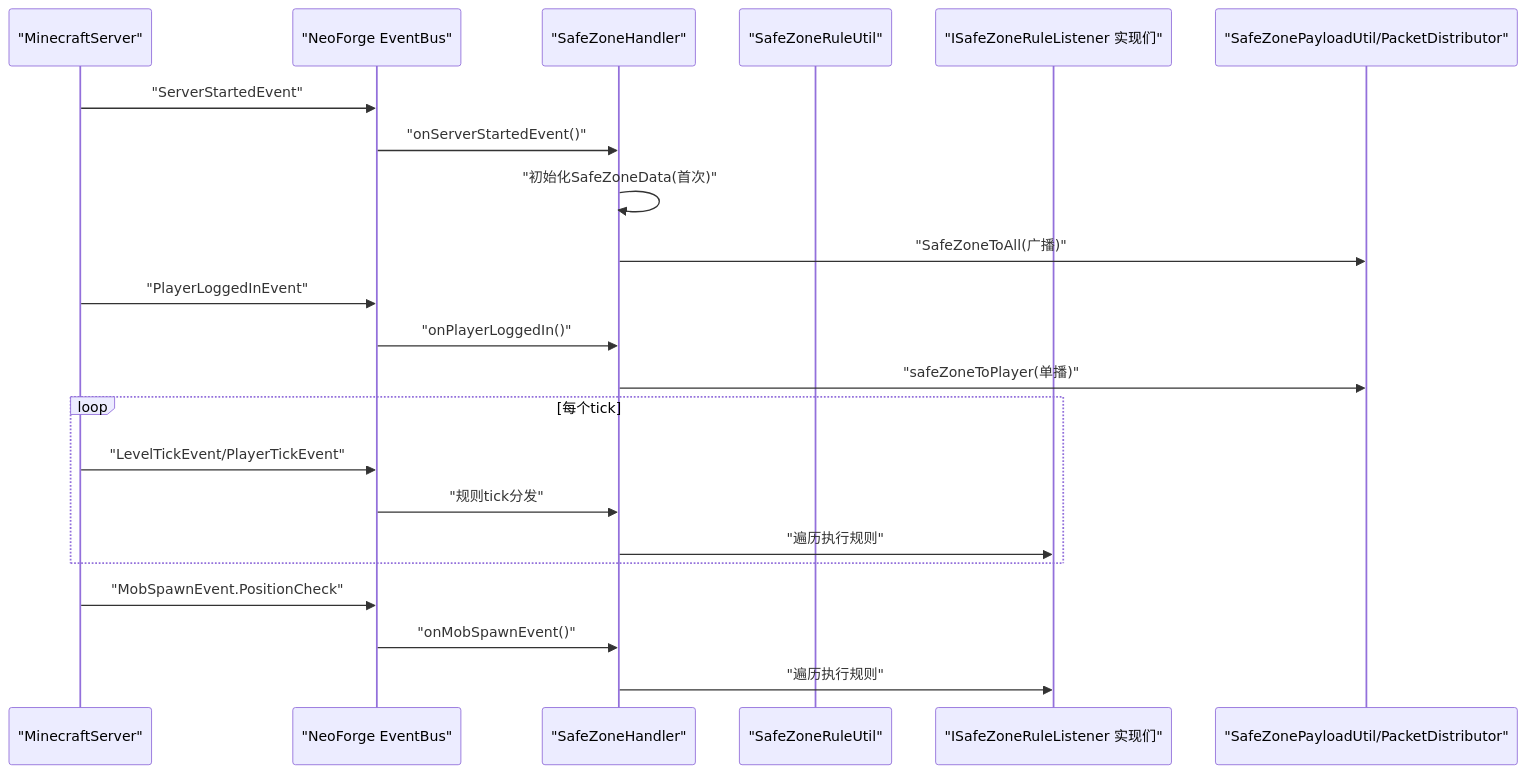
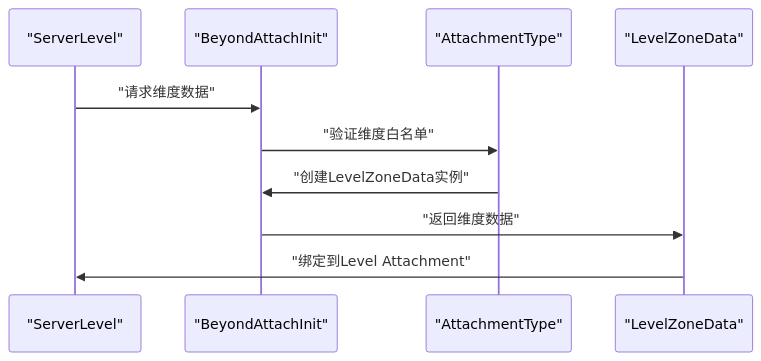
Before and after one commit to Ver-shift/SubModulesGeneHunter: the third of 6 diagrams in .qoder/repowiki/zh/content/API参考文档/安全区API接口.md, drawn with Mermaid. The commit also changed other lines of this file and 42 other files, not shown here.

````diff
--- a/.qoder/repowiki/zh/content/API参考文档/安全区API接口.md
+++ b/.qoder/repowiki/zh/content/API参考文档/安全区API接口.md
@@ -121,24 +124,12 @@
 ```mermaid
 sequenceDiagram
-participant Srv as "MinecraftServer"
-participant Bus as "NeoForge EventBus"
-participant Handler as "SafeZoneHandler"
-participant Util as "SafeZoneRuleUtil"
-participant Rules as "ISafeZoneRuleListener 实现们"
-participant Net as "SafeZonePayloadUtil/PacketDistributor"
-Srv->>Bus : "ServerStartedEvent"
-Bus->>Handler : "onServerStartedEvent()"
-Handler->>Handler : "初始化SafeZoneData(首次)"
-Handler->>Net : "SafeZoneToAll(广播)"
-Srv->>Bus : "PlayerLoggedInEvent"
-Bus->>Handler : "onPlayerLoggedIn()"
-Handler->>Net : "safeZoneToPlayer(单播)"
-loop 每个tick
-Srv->>Bus : "LevelTickEvent/PlayerTickEvent"
-Bus->>Handler : "规则tick分发"
-Handler->>Rules : "遍历执行规则"
-end
-Srv->>Bus : "MobSpawnEvent.PositionCheck"
-Bus->>Handler : "onMobSpawnEvent()"
-Handler->>Rules : "遍历执行规则"
+participant Level as "ServerLevel"
+participant Attach as "BeyondAttachInit"
+participant Type as "AttachmentType"
+participant Data as "LevelZoneData"
+Level->>Attach : "请求维度数据"
+Attach->>Type : "验证维度白名单"
+Type->>Attach : "创建LevelZoneData实例"
+Attach->>Data : "返回维度数据"
+Data->>Level : "绑定到Level Attachment"
 ```
````
